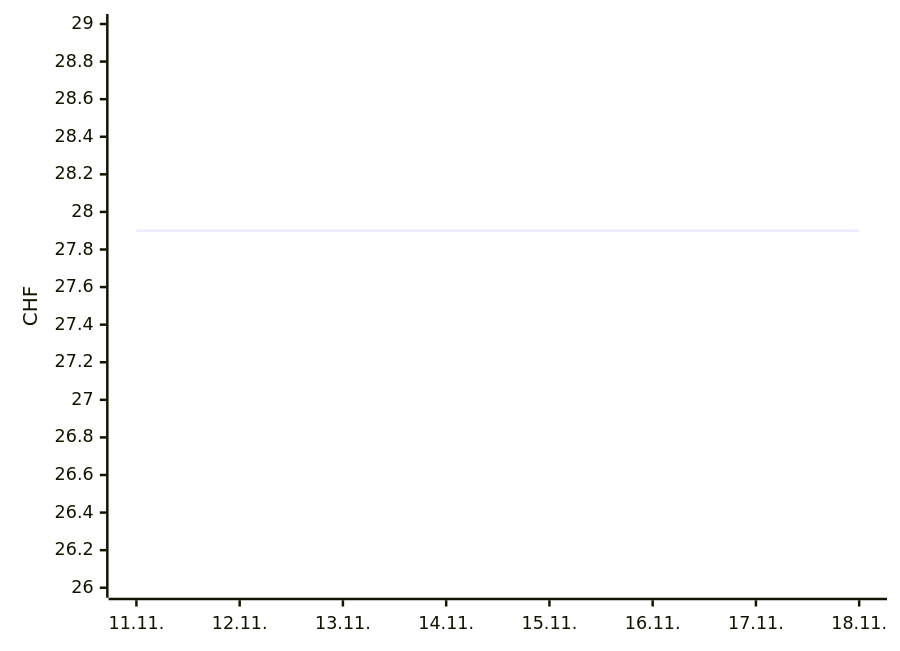
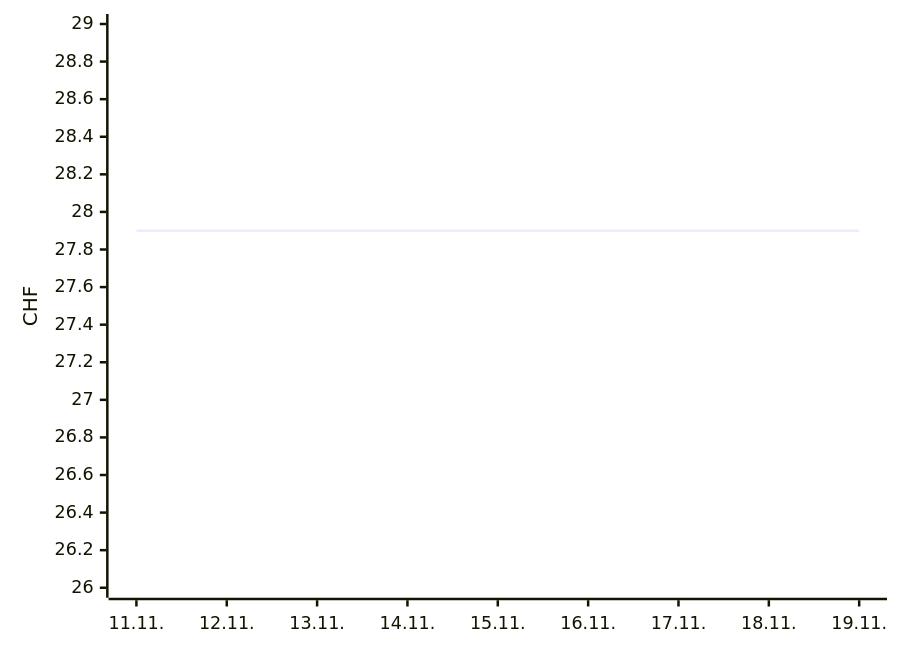
One commit to Akira2828/my-Galaxus-MCP changed the first of 2 diagrams in README.md. Above: the diagram before and after it, drawn with Mermaid. The commit also changed other lines of this file and 1 other file, not shown here.

````diff
--- a/README.md
+++ b/README.md
@@ -16,6 +16,6 @@
 ```mermaid
 xychart-beta
-  x-axis ["11.11.", "12.11.", "13.11.", "14.11.", "15.11.", "16.11.", "17.11.", "18.11."]
+  x-axis ["11.11.", "12.11.", "13.11.", "14.11.", "15.11.", "16.11.", "17.11.", "18.11.", "19.11."]
   y-axis "CHF" 26 --> 29
-  line [27.9, 27.9, 27.9, 27.9, 27.9, 27.9, 27.9, 27.9]
+  line [27.9, 27.9, 27.9, 27.9, 27.9, 27.9, 27.9, 27.9, 27.9]
 ```
````
